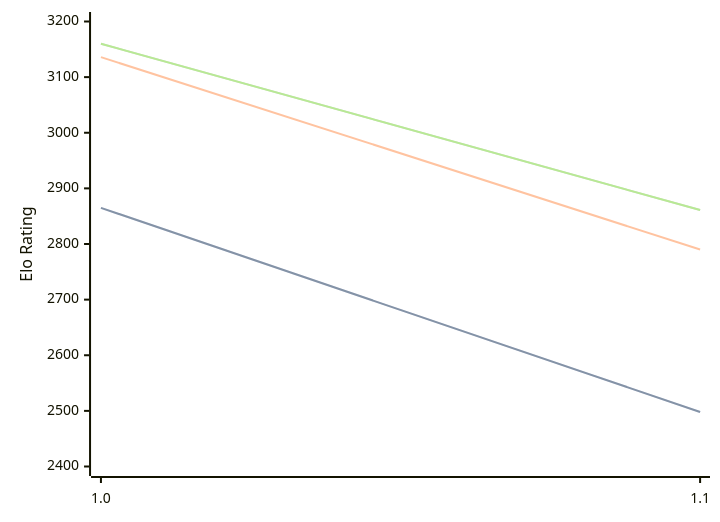
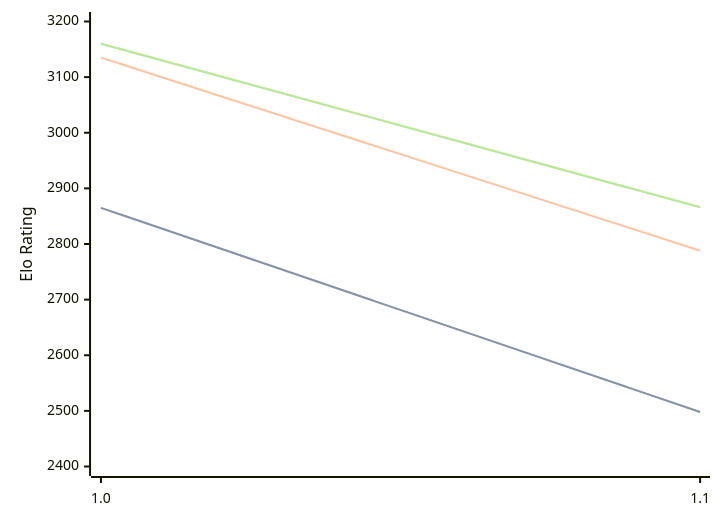
Before and after one commit to computer-chess-index/cci: the diagram in engines/Publius.md, drawn with Mermaid. The commit also changed other lines of this file, not shown here.

Commit message:
Update CCI Ratings (ELO VLTC) - 2026-03-30

````diff
--- a/engines/Publius.md
+++ b/engines/Publius.md
@@ -32,11 +32,11 @@
 ```mermaid
 %%{init: {"theme":"base","themeVariables":{"seriesColors:['#a3a3a3','#222221','#faa371']}}}%%
 xychart-beta
   x-axis ["1.0", "1.1"]
   y-axis "Elo Rating" 2400 --> 3200
   line "STC (8.0+0.08s)" [2865, 2498]
   line "STC (8.0+0.08s)" [2865, 2498]
-  line "LTC (60.0+0.60s)" [3136, 2790]
-  line "VLTC (2m24s+1.12s)" [3160, 2861]
-  line "VLTC (2m24s+1.12s)" [3160, 2861]
+  line "LTC (60.0+0.60s)" [3135, 2788]
+  line "VLTC (2m24s+1.12s)" [3160, 2866]
+  line "VLTC (2m24s+1.12s)" [3160, 2866]
 ```
````
